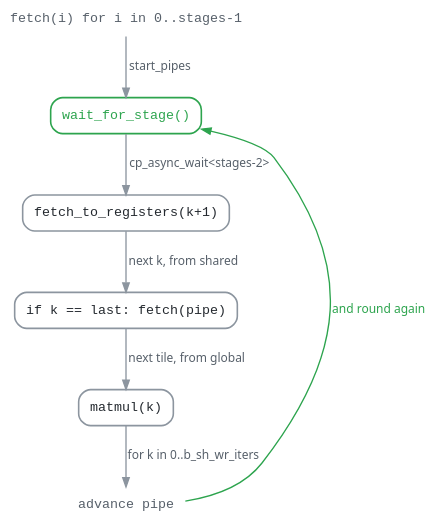
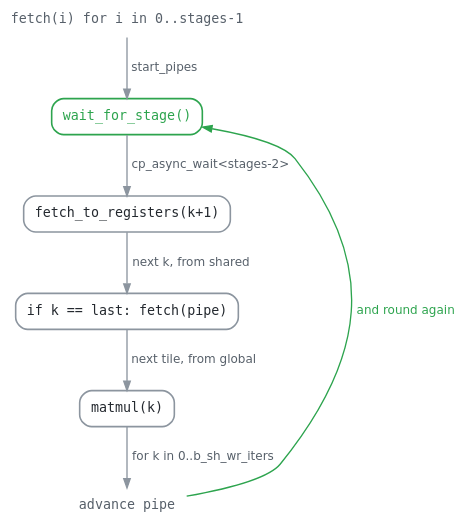
The diagram in docs/img/marlin-pipeline.dot (loken-ai/loken), drawn with Graphviz before and after one commit. The commit also changed 5 other files, not shown here.

First line of the commit message:
Name real font families and size the figure labels

```diff
--- a/docs/img/marlin-pipeline.dot
+++ b/docs/img/marlin-pipeline.dot
@@ -1,25 +1,25 @@
 // Rendered by scripts/figures.py. The loop back to wait_for_stage is the whole point of the
 // figure: the tile being read is complete while the tile after it is still arriving.
 digraph pipeline {
   rankdir=TB;
   bgcolor="transparent";
-  node [fontname="ui-monospace,SFMono-Regular,monospace", fontsize=10, shape=box, style=rounded,
+  node [fontname="DejaVu Sans Mono, Liberation Mono, Menlo, monospace", fontsize=10, shape=box, style=rounded,
         color="#8c959f", fontcolor="#24292f", penwidth=1.2, height=.38];
-  edge [color="#8c959f", fontname="ui-sans-serif,system-ui,sans-serif", fontsize=9,
+  edge [color="#8c959f", fontname="DejaVu Sans, Liberation Sans, Helvetica, Arial, sans-serif", fontsize=9,
         fontcolor="#57606a", arrowsize=.7];
 
   start [label="fetch(i) for i in 0..stages-1", shape=plaintext, fontcolor="#57606a"];
   wait  [label="wait_for_stage()", color="#2da44e", fontcolor="#2da44e"];
   reg   [label="fetch_to_registers(k+1)"];
   glob  [label="if k == last: fetch(pipe)"];
   mma   [label="matmul(k)"];
   adv   [label="advance pipe", shape=plaintext, fontcolor="#57606a"];
 
   start -> wait [label=" start_pipes "];
   wait  -> reg  [label=" cp_async_wait<stages-2> "];
   reg   -> glob [label=" next k, from shared "];
   glob  -> mma  [label=" next tile, from global "];
   mma   -> adv  [label=" for k in 0..b_sh_wr_iters "];
   adv   -> wait [label=" and round again ", constraint=false, color="#2da44e",
                  fontcolor="#2da44e"];
 }
```
